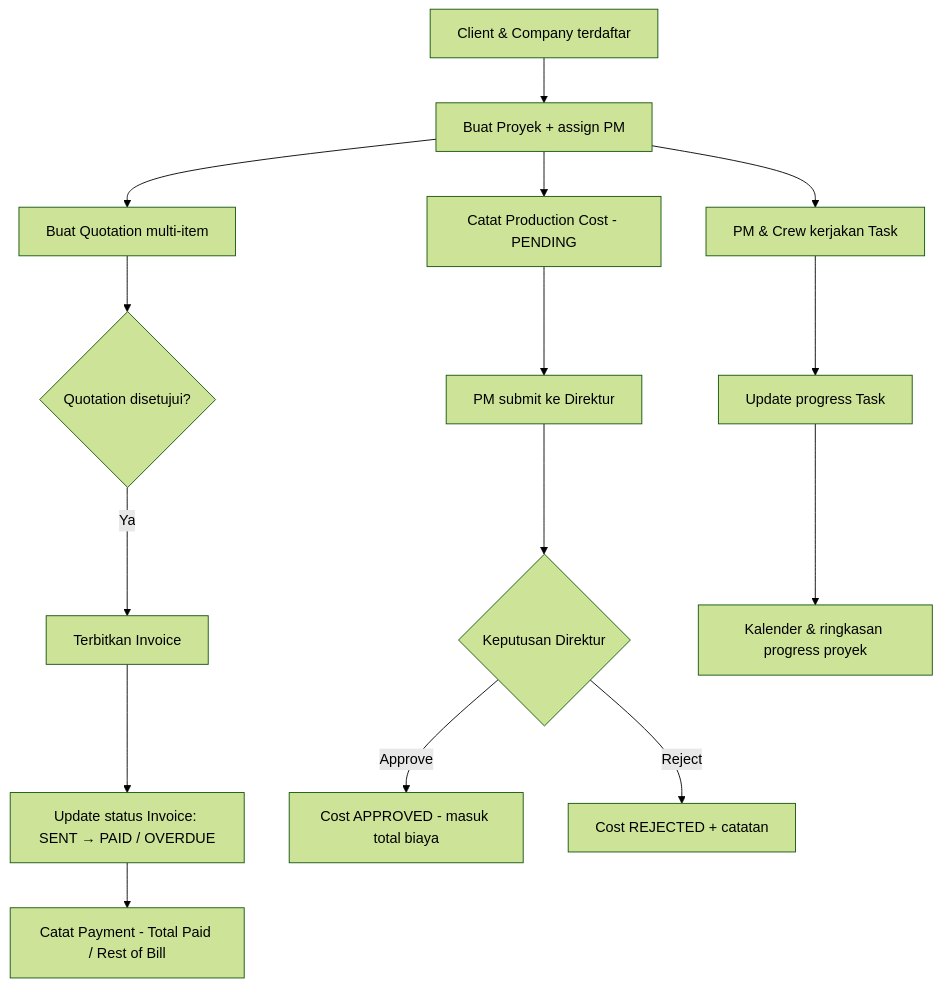
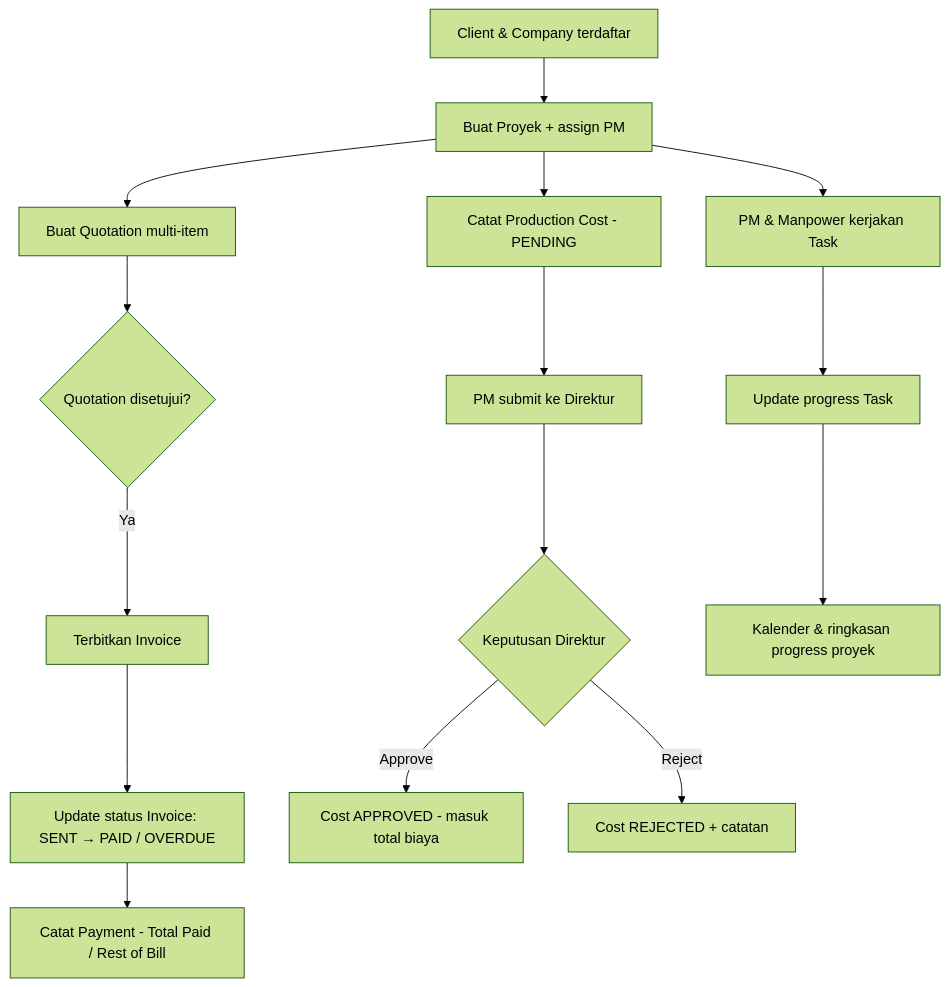
The sixth of 7 diagrams in README.md (bisaqris/Backend_Makromedia-Integrated-System), drawn with Mermaid (forest theme) before and after one commit. The commit also changed other lines of this file and 10 other files, not shown here.

Commit message:
refactor: rename crew to manpower across schema, module, and endpoints

````diff
--- a/README.md
+++ b/README.md
@@ -241,17 +241,17 @@
 ```mermaid
 flowchart TD
     A[Client & Company terdaftar] --> B[Buat Proyek + assign PM]
     B --> C[Buat Quotation multi-item]
     C --> D{Quotation disetujui?}
     D -- Ya --> E[Terbitkan Invoice]
     E --> F[Update status Invoice: SENT → PAID / OVERDUE]
-    B --> G[PM & Crew kerjakan Task]
+    B --> G[PM & Manpower kerjakan Task]
     G --> H[Update progress Task]
     B --> I[Catat Production Cost - PENDING]
     I --> J[PM submit ke Direktur]
     J --> K{Keputusan Direktur}
     K -- Approve --> L[Cost APPROVED - masuk total biaya]
     K -- Reject --> M[Cost REJECTED + catatan]
     F --> N[Catat Payment - Total Paid / Rest of Bill]
     H --> O[Kalender & ringkasan progress proyek]
 ```
````
